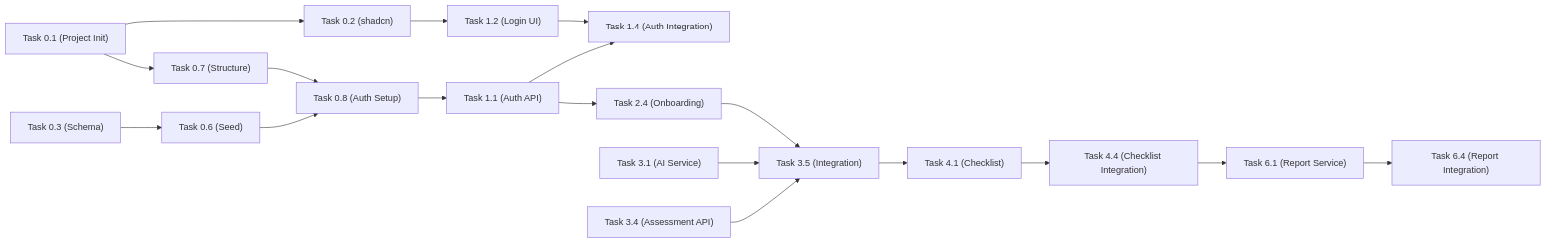
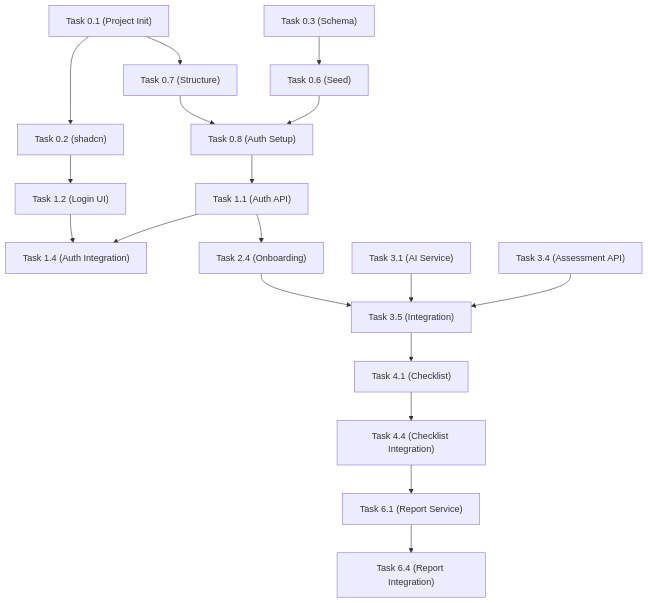
The diagram in tasks.md (OneBoatSolutions/compliance), drawn with Mermaid before and after one commit.

Commit message:
docs: Update the task dependency graph

````diff
--- a/tasks.md
+++ b/tasks.md
@@ -1102,27 +1102,27 @@
 ```mermaid
-flowchart LR
+flowchart TD
 
     T01["Task 0.1 (Project Init)"] --> T02["Task 0.2 (shadcn)"]
     T02 --> T12["Task 1.2 (Login UI)"]
     T12 --> T14["Task 1.4 (Auth Integration)"]
 
     T01 --> T07["Task 0.7 (Structure)"]
     T07 --> T08["Task 0.8 (Auth Setup)"]
     T08 --> T11["Task 1.1 (Auth API)"]
     T11 --> T14
 
     T03["Task 0.3 (Schema)"] --> T06["Task 0.6 (Seed)"]
     T06 --> T08
 
     T11 --> T24["Task 2.4 (Onboarding)"]
     T24 --> T35["Task 3.5 (Integration)"]
 
     T31["Task 3.1 (AI Service)"] --> T35
     T34["Task 3.4 (Assessment API)"] --> T35
 
     T35 --> T41["Task 4.1 (Checklist)"]
     T41 --> T44["Task 4.4 (Checklist Integration)"]
 
     T44 --> T61["Task 6.1 (Report Service)"]
     T61 --> T64["Task 6.4 (Report Integration)"]
 ```
````
